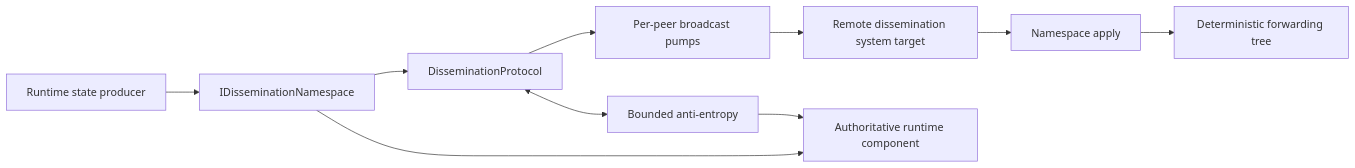
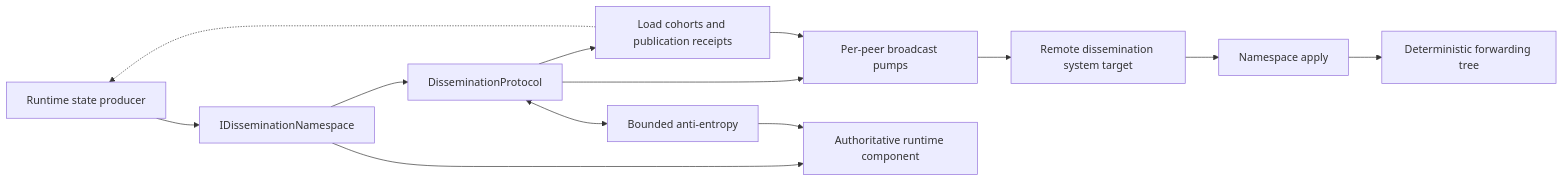
One commit to dotnet/orleans changed the diagram in docs/site/src/content/docs/implementation/runtime-dissemination.md. Above: the diagram before and after it, drawn with Mermaid. The commit also changed other lines of this file and 23 other files, not shown here.

Commit message:
perf(dissemination): synchronize load publication with cohort receipts

````diff
--- a/docs/site/src/content/docs/implementation/runtime-dissemination.md
+++ b/docs/site/src/content/docs/implementation/runtime-dissemination.md
@@ -21,12 +21,15 @@
 ```mermaid
 flowchart LR
     Producer[Runtime state producer] --> Namespace[IDisseminationNamespace]
     Namespace --> Protocol[DisseminationProtocol]
     Protocol --> Queue[Per-peer broadcast pumps]
+    Protocol --> Cohort[Load cohorts and publication receipts]
+    Cohort --> Queue
+    Cohort -.-> Producer
     Queue --> Target[Remote dissemination system target]
     Target --> Apply[Namespace apply]
     Apply --> Forward[Deterministic forwarding tree]
     Protocol <--> Repair[Bounded anti-entropy]
     Namespace --> Authority[Authoritative runtime component]
     Repair --> Authority
 ```
````
